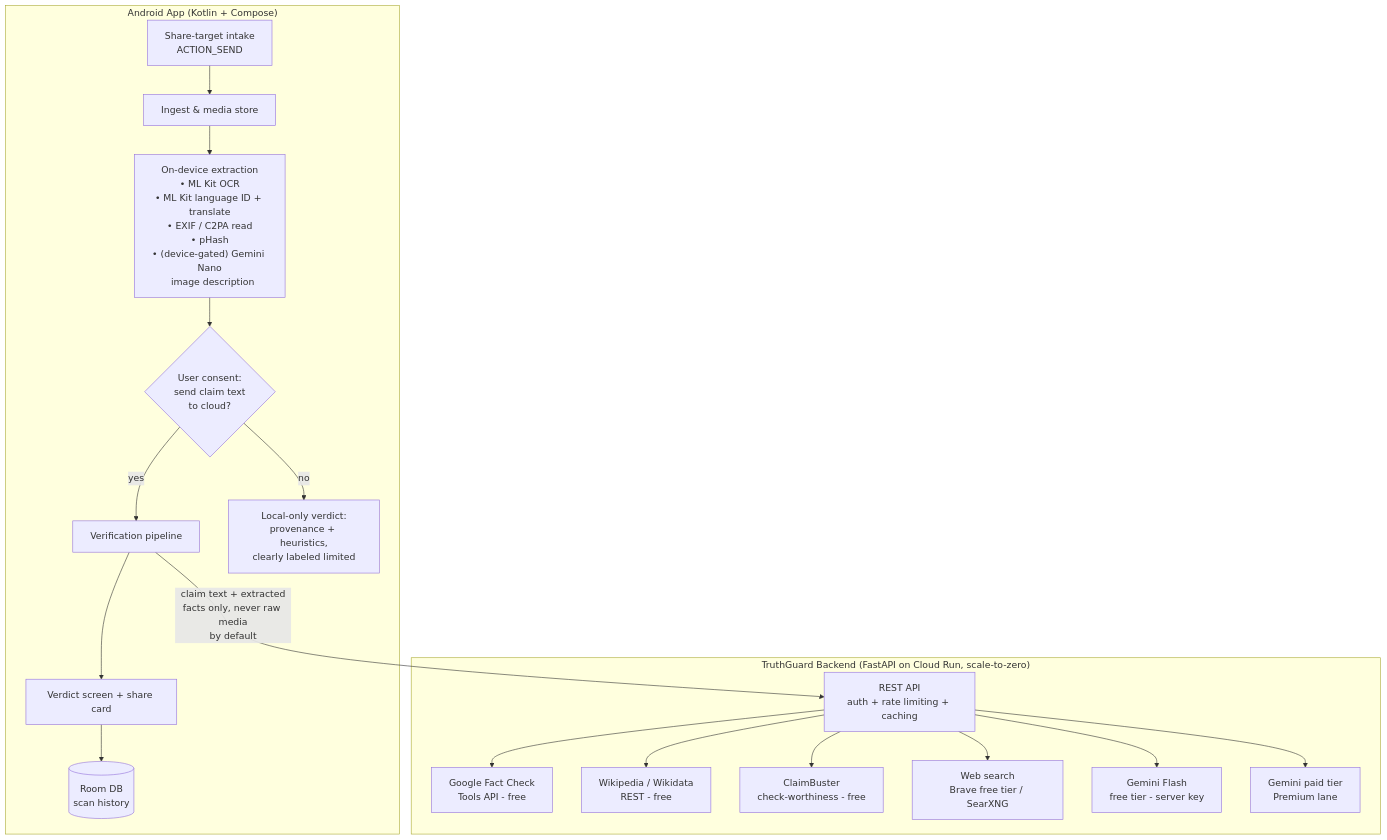
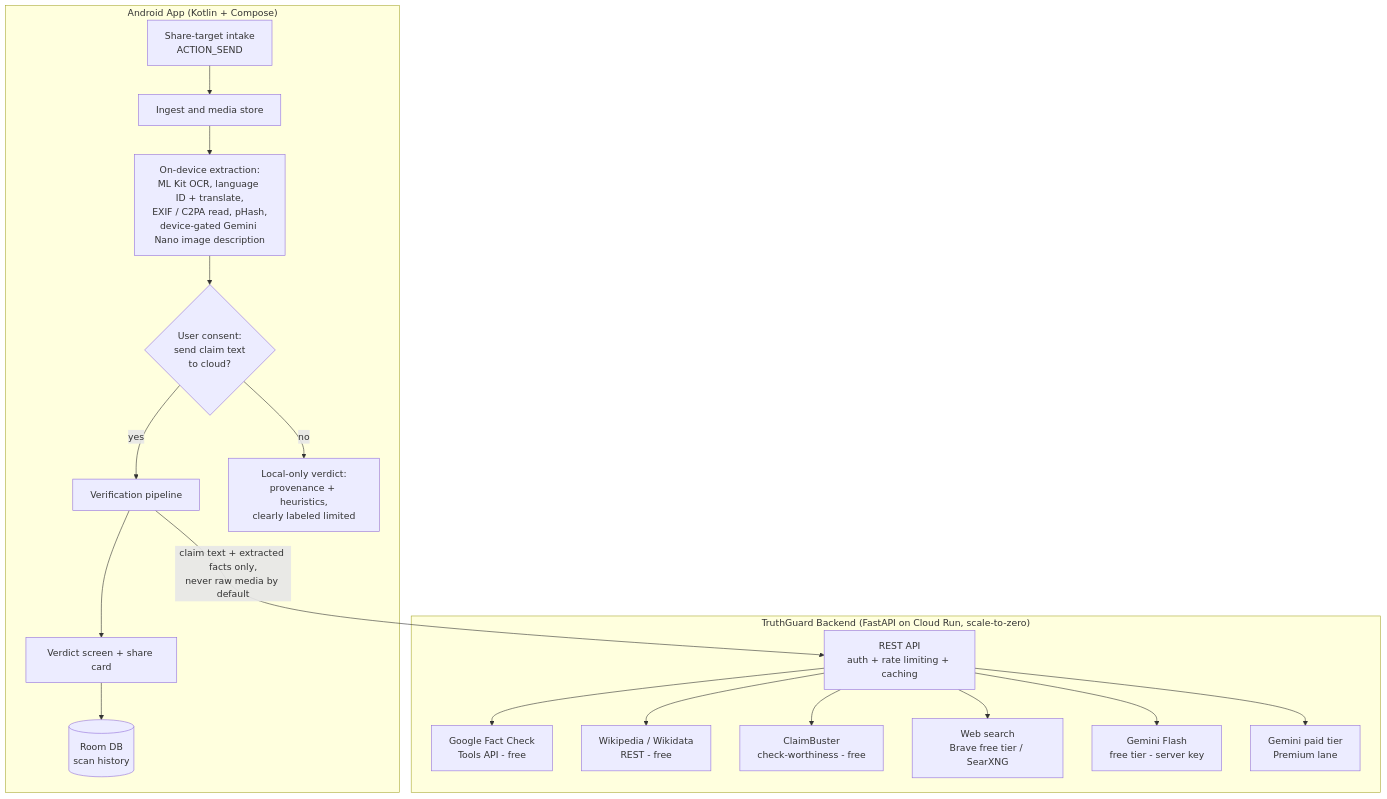
Before and after one commit to vipinvangara/truth_guard: the first of 3 diagrams in docs/ARCHITECTURE.md, drawn with Mermaid. The commit also changed other lines of this file, not shown here.

Commit message:
Fix mermaid diagrams for GitHub's renderer
GitHub's mermaid treats semicolons in sequence-diagram notes as
statement terminators and is strict about unquoted labels with \n and
special characters. Notes drop semicolons/arrows, flowchart labels are
quoted with <br/> line breaks.

````diff
--- a/docs/ARCHITECTURE.md
+++ b/docs/ARCHITECTURE.md
@@ -63,24 +63,24 @@
 ```mermaid
 flowchart TB
     subgraph Device["Android App (Kotlin + Compose)"]
-        Share[Share-target intake\nACTION_SEND] --> Ingest[Ingest & media store]
-        Ingest --> OnDevice["On-device extraction\n• ML Kit OCR\n• ML Kit language ID + translate\n• EXIF / C2PA read\n• pHash\n• (device-gated) Gemini Nano\n  image description"]
-        OnDevice --> Consent{User consent:\nsend claim text\nto cloud?}
-        Consent -->|yes| Pipeline[Verification pipeline]
-        Consent -->|no| LocalOnly[Local-only verdict:\nprovenance + heuristics,\nclearly labeled limited]
-        Pipeline --> Verdict[Verdict screen + share card]
-        Verdict --> Vault[(Room DB\nscan history)]
+        Share["Share-target intake<br/>ACTION_SEND"] --> Ingest["Ingest and media store"]
+        Ingest --> OnDevice["On-device extraction:<br/>ML Kit OCR, language ID + translate,<br/>EXIF / C2PA read, pHash,<br/>device-gated Gemini Nano image description"]
+        OnDevice --> Consent{"User consent:<br/>send claim text<br/>to cloud?"}
+        Consent -->|yes| Pipeline["Verification pipeline"]
+        Consent -->|no| LocalOnly["Local-only verdict:<br/>provenance + heuristics,<br/>clearly labeled limited"]
+        Pipeline --> Verdict["Verdict screen + share card"]
+        Verdict --> Vault[("Room DB<br/>scan history")]
     end
 
     subgraph Backend["TruthGuard Backend (FastAPI on Cloud Run, scale-to-zero)"]
-        API[REST API\nauth + rate limiting + caching]
-        API --> FactCheck[Google Fact Check\nTools API - free]
-        API --> Wiki[Wikipedia / Wikidata\nREST - free]
-        API --> ClaimB[ClaimBuster\ncheck-worthiness - free]
-        API --> Search[Web search\nBrave free tier / SearXNG]
-        API --> LLMFree[Gemini Flash\nfree tier - server key]
-        API --> LLMPaid[Gemini paid tier\nPremium lane]
+        API["REST API<br/>auth + rate limiting + caching"]
+        API --> FactCheck["Google Fact Check<br/>Tools API - free"]
+        API --> Wiki["Wikipedia / Wikidata<br/>REST - free"]
+        API --> ClaimB["ClaimBuster<br/>check-worthiness - free"]
+        API --> Search["Web search<br/>Brave free tier / SearXNG"]
+        API --> LLMFree["Gemini Flash<br/>free tier - server key"]
+        API --> LLMPaid["Gemini paid tier<br/>Premium lane"]
     end
 
-    Pipeline -->|claim text + extracted\nfacts only, never raw media\nby default| API
+    Pipeline -->|"claim text + extracted facts only,<br/>never raw media by default"| API
 ```
````
